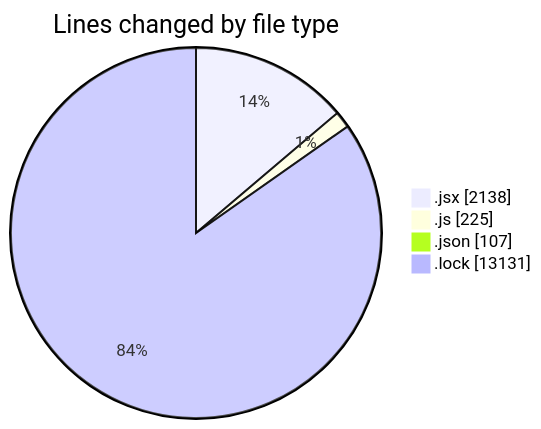
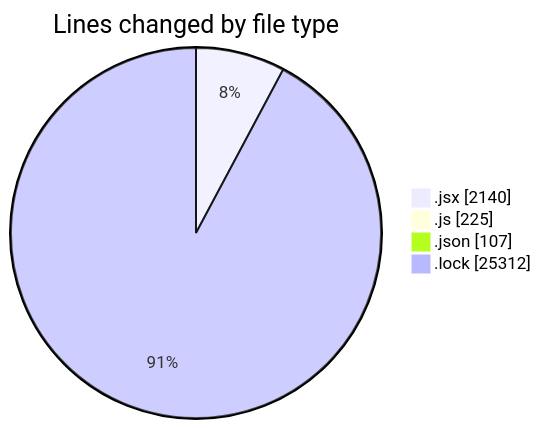
The first of 2 diagrams in 2026-02-10/cda/README.md (momahboobian/code-tracking), drawn with Mermaid before and after one commit. The commit also changed other lines of this file and 1 other file, not shown here.

````diff
--- a/2026-02-10/cda/README.md
+++ b/2026-02-10/cda/README.md
@@ -37,8 +38,8 @@
 ```mermaid
 pie showData
 title Lines changed by file type
-".jsx" : 2138
+".jsx" : 2140
 ".js" : 225
 ".json" : 107
-".lock" : 13131
+".lock" : 25312
 ```
````
